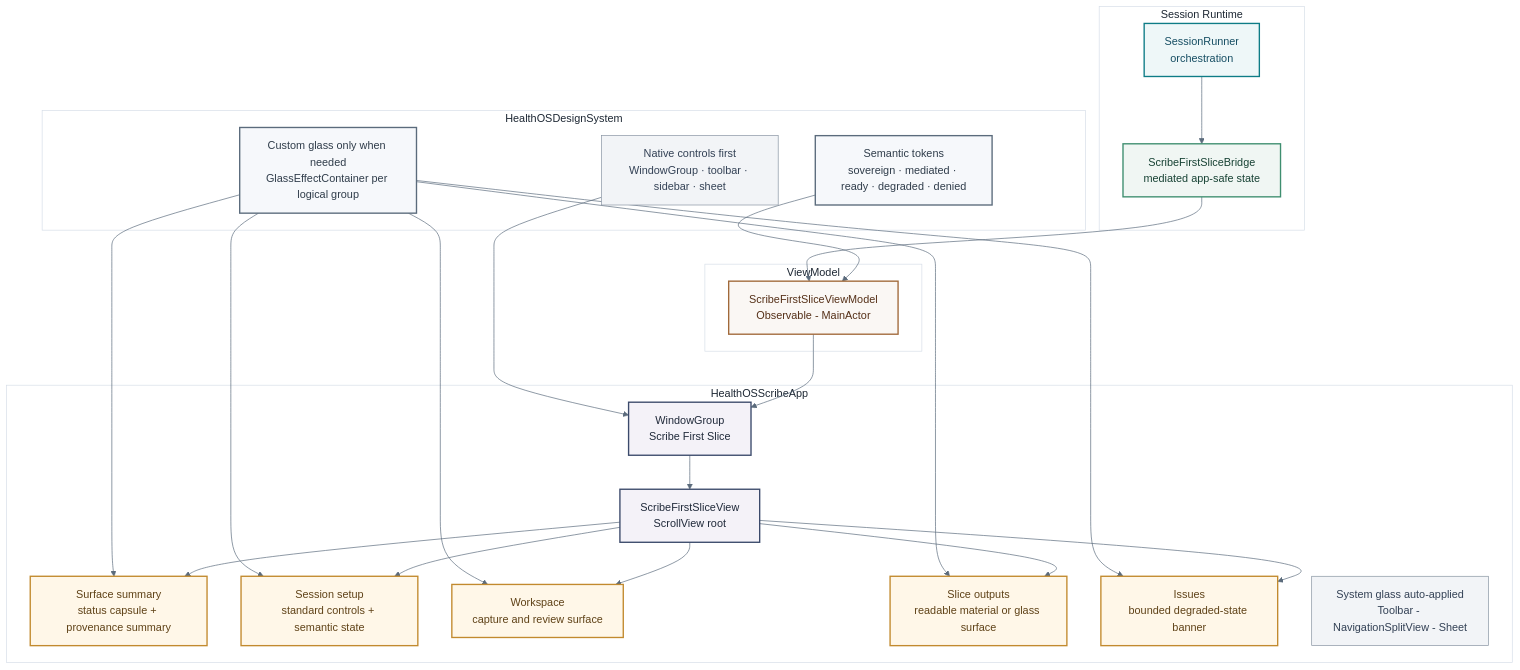
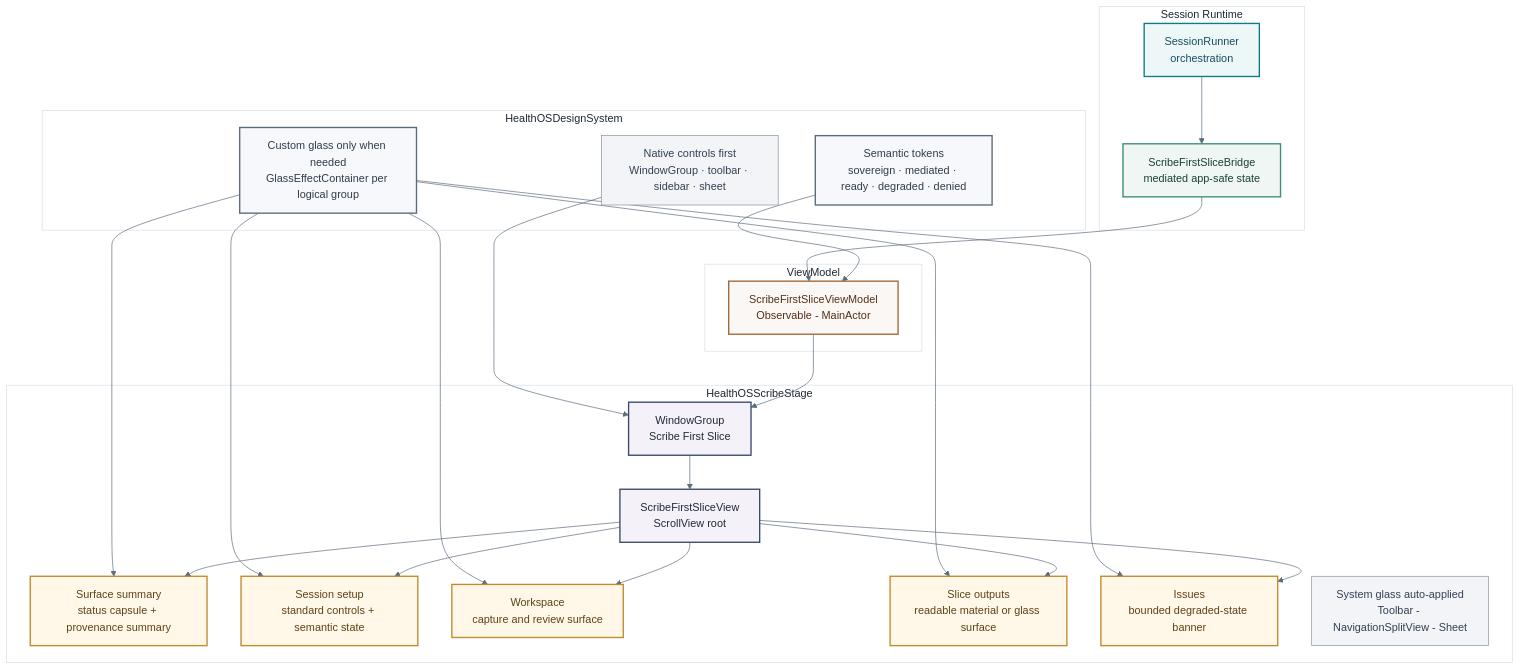
Before and after one commit to myselfgus/HealthOScaffold: the fifth of 12 diagrams in README.md, drawn with Mermaid. The commit also changed other lines of this file and 104 other files, not shown here.

````diff
--- a/README.md
+++ b/README.md
@@ -346,54 +346,54 @@
 ```mermaid
 %%{init: {'theme': 'base', 'themeVariables': {'primaryColor': '#F6F8FB', 'primaryBorderColor': '#D6DEE8', 'primaryTextColor': '#1D2733', 'clusterBkg': '#FFFFFF', 'clusterBorder': '#D6DEE8', 'titleColor': '#1D2733', 'lineColor': '#5B6B7C', 'edgeLabelBackground': '#F6F8FB', 'fontFamily': 'ui-rounded, -apple-system, BlinkMacSystemFont, sans-serif'}}}%%
 graph TD
     classDef runtime fill:#EEF7F8,stroke:#0E7C86,stroke-width:2px,color:#164E63
     classDef bridge  fill:#F0F6F3,stroke:#3E8E6F,stroke-width:2px,color:#174234
     classDef vm      fill:#FAF7F4,stroke:#A1693A,stroke-width:2px,color:#553018
     classDef view    fill:#F4F2F8,stroke:#3B4A6B,stroke-width:2px,color:#202A3A
     classDef design  fill:#F6F8FB,stroke:#5B6B7C,stroke-width:2px,color:#2F3C4A
     classDef state   fill:#FFF7E8,stroke:#C28A2E,stroke-width:2px,color:#5F4217
     classDef sys     fill:#F2F4F7,stroke:#8793A1,stroke-width:1px,color:#334155
 
     subgraph RT["Session Runtime"]
         SRT[SessionRunner\norchestration]:::runtime
         BR[ScribeFirstSliceBridge\nmediated app-safe state]:::bridge
     end
 
     subgraph VM["ViewModel"]
         MVM[ScribeFirstSliceViewModel\nObservable - MainActor]:::vm
     end
 
     subgraph DS["HealthOSDesignSystem"]
         TOK[Semantic tokens\nsovereign · mediated · ready · degraded · denied]:::design
         STD[Native controls first\nWindowGroup · toolbar · sidebar · sheet]:::sys
         CUS[Custom glass only when needed\nGlassEffectContainer per logical group]:::design
     end
 
-    subgraph SCRIBEAPP["HealthOSScribeApp"]
+    subgraph SCRIBEAPP["HealthOSScribeStage"]
         APP[WindowGroup\nScribe First Slice]:::view
         ROOT[ScribeFirstSliceView\nScrollView root]:::view
         C1[Surface summary\nstatus capsule + provenance summary]:::state
         C2[Session setup\nstandard controls + semantic state]:::state
         C3[Workspace\ncapture and review surface]:::state
         C4[Slice outputs\nreadable material or glass surface]:::state
         C5[Issues\nbounded degraded-state banner]:::state
         SYSGL[System glass auto-applied\nToolbar - NavigationSplitView - Sheet]:::sys
     end
 
     SRT --> BR
     BR --> MVM
     TOK --> MVM
     STD --> APP
     CUS --> C1
     CUS --> C2
     CUS --> C3
     CUS --> C4
     CUS --> C5
     MVM --> APP
     APP --> ROOT
     ROOT --> C1
     ROOT --> C2
     ROOT --> C3
     ROOT --> C4
     ROOT --> C5
 ```
````
